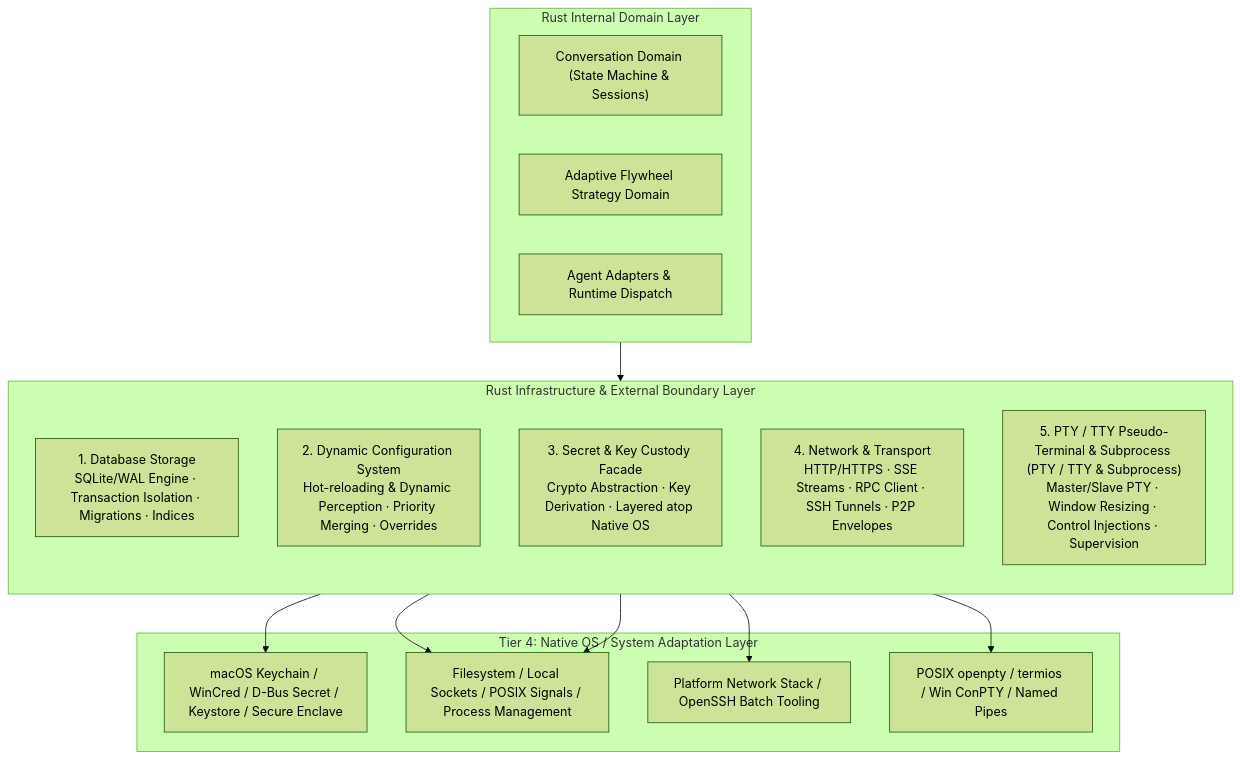
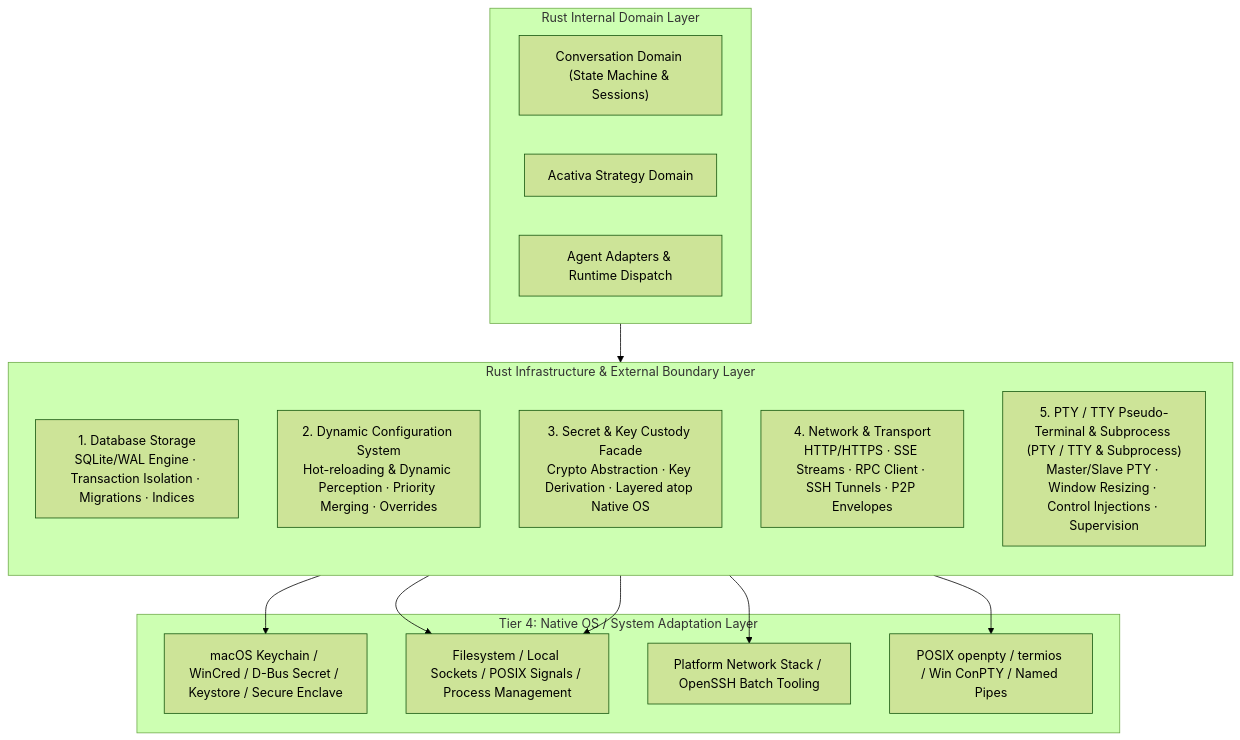
The diagram in docs/architecture/RUST-INFRASTRUCTURE-LAYER.md (LicoLand/LicoUp), drawn with Mermaid (forest theme) before and after one commit. The commit also changed other lines of this file and 3928 other files, not shown here.

````diff
--- a/docs/architecture/RUST-INFRASTRUCTURE-LAYER.md
+++ b/docs/architecture/RUST-INFRASTRUCTURE-LAYER.md
@@ -18,31 +21,31 @@
 ```mermaid
 flowchart TB
     subgraph DOMAIN["Rust Internal Domain Layer"]
         CONV["Conversation Domain (State Machine & Sessions)"]
-        FLYWHEEL["Adaptive Flywheel Strategy Domain"]
+        FLYWHEEL["Acativa Strategy Domain"]
         AGENTS["Agent Adapters & Runtime Dispatch"]
     end
 
     subgraph INFRA["Rust Infrastructure & External Boundary Layer"]
         direction TB
         DB["1. Database Storage<br/>SQLite/WAL Engine · Transaction Isolation · Migrations · Indices"]
         CONFIG["2. Dynamic Configuration System<br/>Hot-reloading & Dynamic Perception · Priority Merging · Overrides"]
         SECRETS["3. Secret & Key Custody Facade<br/>Crypto Abstraction · Key Derivation · Layered atop Native OS"]
         NETWORK["4. Network & Transport<br/>HTTP/HTTPS · SSE Streams · RPC Client · SSH Tunnels · P2P Envelopes"]
         PTY["5. PTY / TTY Pseudo-Terminal & Subprocess (PTY / TTY & Subprocess)<br/>Master/Slave PTY · Window Resizing · Control Injections · Supervision"]
     end
 
     subgraph NATIVE["Tier 4: Native OS / System Adaptation Layer"]
         OS_KEYCHAIN["macOS Keychain / WinCred / D-Bus Secret / Keystore / Secure Enclave"]
         OS_SYSTEM["Filesystem / Local Sockets / POSIX Signals / Process Management"]
         OS_NETWORK["Platform Network Stack / OpenSSH Batch Tooling"]
         OS_PTY["POSIX openpty / termios / Win ConPTY / Named Pipes"]
     end
 
     DOMAIN --> INFRA
     SECRETS --> OS_KEYCHAIN
     DB --> OS_SYSTEM
     CONFIG --> OS_SYSTEM
     NETWORK --> OS_NETWORK
     PTY --> OS_PTY
 ```
````
